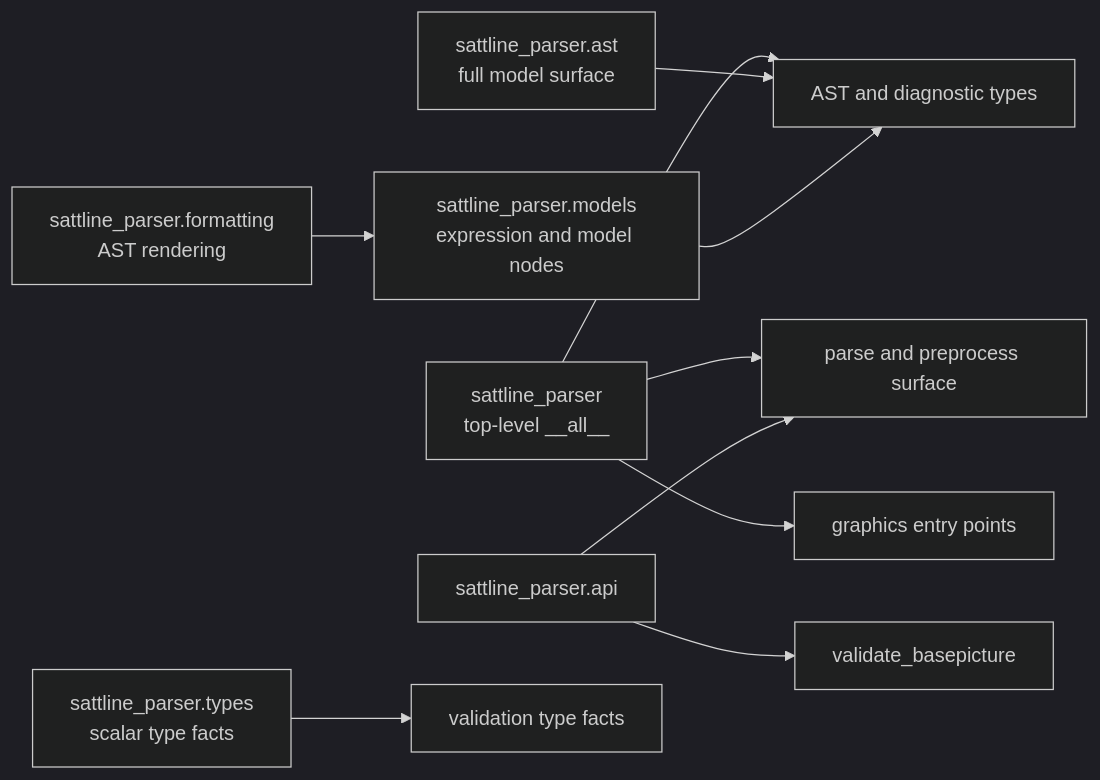
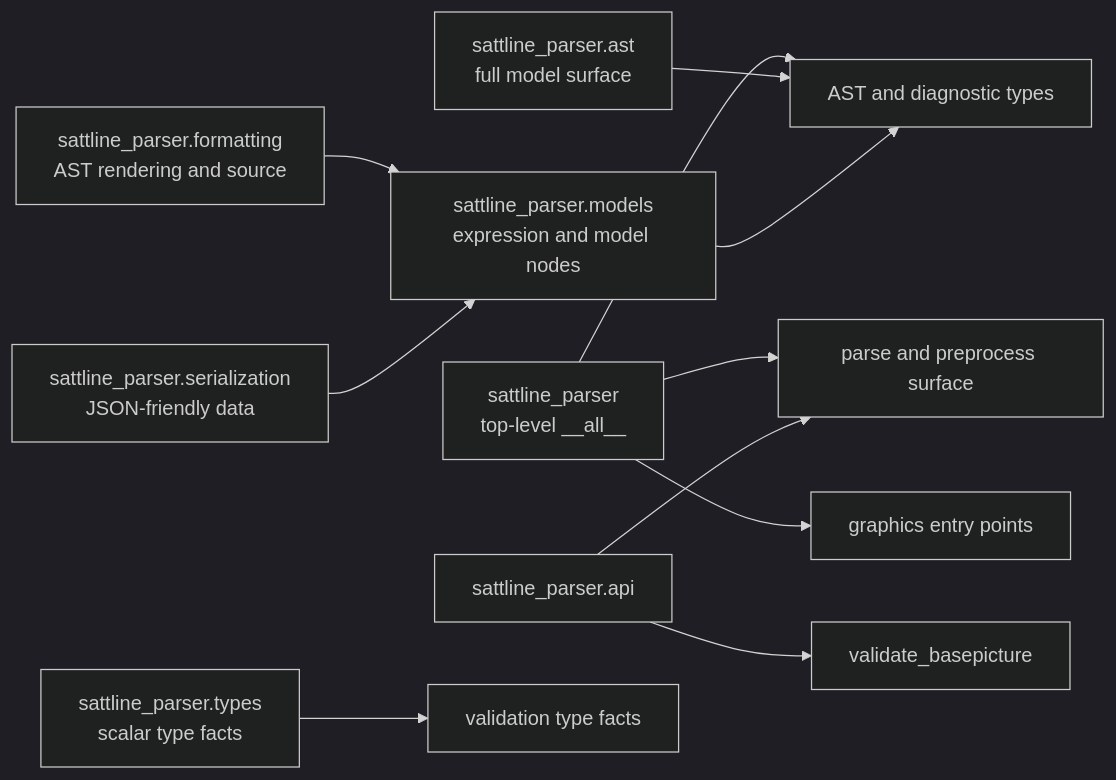
One commit to SorenHJohansen/sattline-parser changed the diagram in docs/api.md. Above: the diagram before and after it, drawn with Mermaid (dark theme). The commit also changed other lines of this file and 79 other files, not shown here.

````diff
--- a/docs/api.md
+++ b/docs/api.md
@@ -14,12 +15,13 @@
 ```mermaid
 flowchart LR
     TOP["sattline_parser<br/>top-level __all__"] --> CORE["parse and preprocess surface"]
     TOP --> ASTTYPES["AST and diagnostic types"]
     TOP --> GRAPH["graphics entry points"]
     AST["sattline_parser.ast<br/>full model surface"] --> ASTTYPES
     MODELS["sattline_parser.models<br/>expression and model nodes"] --> ASTTYPES
     FAÇADE["sattline_parser.api"] --> CORE
     FAÇADE --> VALID["validate_basepicture"]
     FACTS["sattline_parser.types<br/>scalar type facts"] --> VALIDATION["validation type facts"]
-    FORMAT["sattline_parser.formatting<br/>AST rendering"] --> MODELS
+    FORMAT["sattline_parser.formatting<br/>AST rendering and source"] --> MODELS
+    SERIAL["sattline_parser.serialization<br/>JSON-friendly data"] --> MODELS
 ```
````
